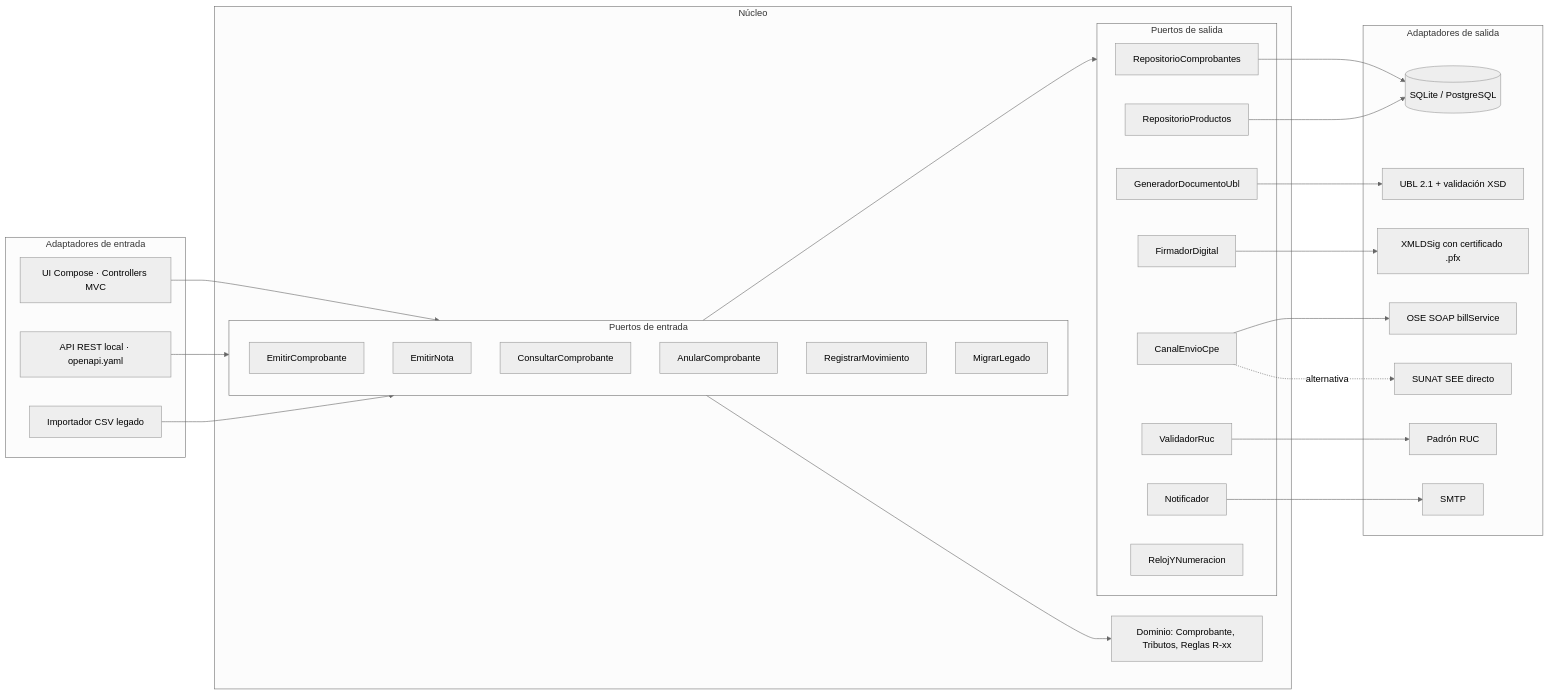
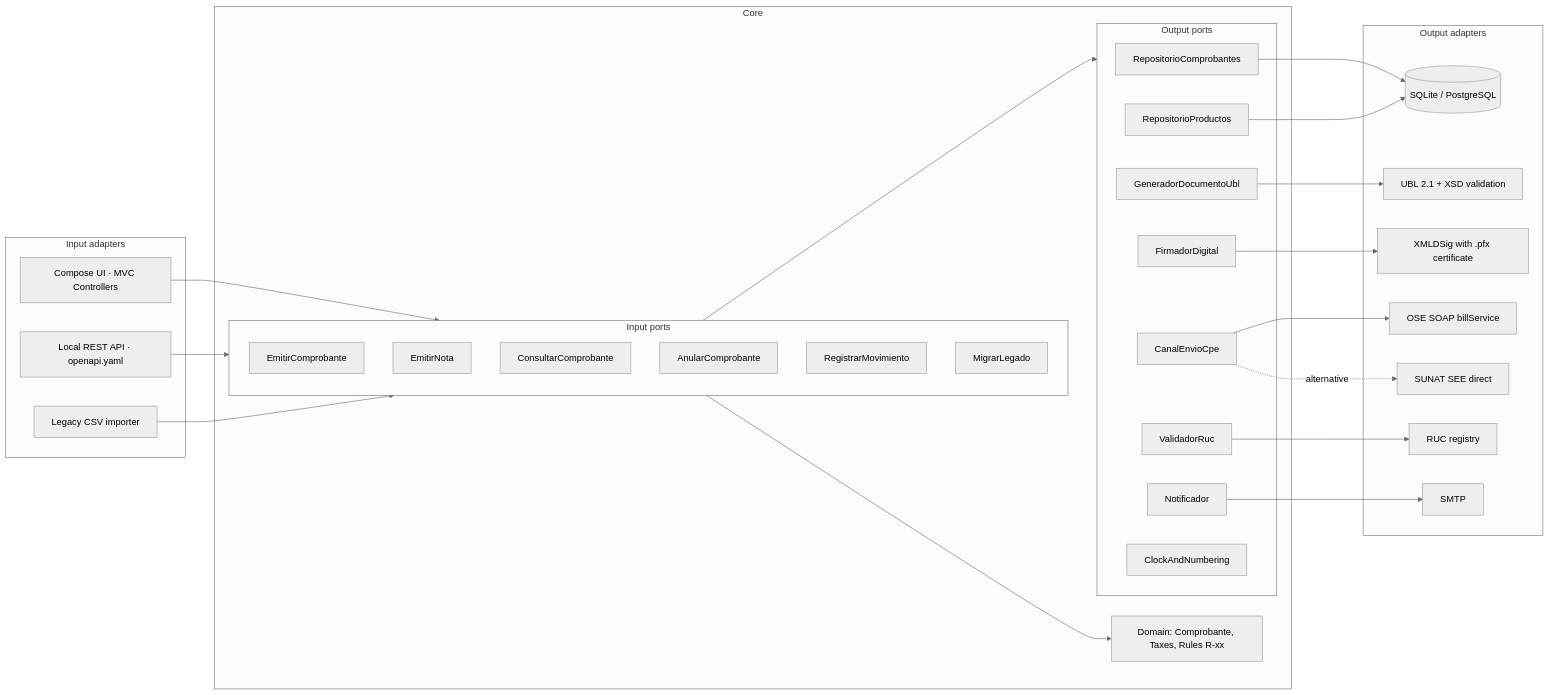
Before and after one commit to lourdesxiomara/MEDIOCURSO: the third of 5 diagrams in specs/03-arquitectura/arquitectura.md, drawn with Mermaid (neutral theme). The commit also changed other lines of this file, not shown here.

````diff
--- a/specs/03-arquitectura/arquitectura.md
+++ b/specs/03-arquitectura/arquitectura.md
@@ -85,48 +85,48 @@
 ```mermaid
 flowchart LR
-  subgraph AE[Adaptadores de entrada]
-    UI[UI Compose · Controllers MVC]
-    REST[API REST local · openapi.yaml]
-    CLI[Importador CSV legado]
+  subgraph AE[Input adapters]
+    UI[Compose UI · MVC Controllers]
+    REST[Local REST API · openapi.yaml]
+    CLI[Legacy CSV importer]
   end
-  subgraph NUCLEO[Núcleo]
-    subgraph PE[Puertos de entrada]
+  subgraph NUCLEO[Core]
+    subgraph PE[Input ports]
       P1[EmitirComprobante]
       P2[EmitirNota]
       P3[ConsultarComprobante]
       P4[AnularComprobante]
       P5[RegistrarMovimiento]
       P6[MigrarLegado]
     end
-    DOM[Dominio: Comprobante, Tributos, Reglas R-xx]
-    subgraph PS[Puertos de salida]
+    DOM[Domain: Comprobante, Taxes, Rules R-xx]
+    subgraph PS[Output ports]
       Q1[RepositorioComprobantes]
       Q2[RepositorioProductos]
       Q3[GeneradorDocumentoUbl]
       Q4[FirmadorDigital]
       Q5[CanalEnvioCpe]
       Q6[ValidadorRuc]
       Q7[Notificador]
-      Q8[RelojYNumeracion]
+      Q8[ClockAndNumbering]
     end
   end
-  subgraph AS[Adaptadores de salida]
+  subgraph AS[Output adapters]
     A1[(SQLite / PostgreSQL)]
-    A2[UBL 2.1 + validación XSD]
-    A3[XMLDSig con certificado .pfx]
+    A2[UBL 2.1 + XSD validation]
+    A3[XMLDSig with .pfx certificate]
     A4[OSE SOAP billService]
-    A5[SUNAT SEE directo]
-    A6[Padrón RUC]
+    A5[SUNAT SEE direct]
+    A6[RUC registry]
     A7[SMTP]
   end
   UI & REST & CLI --> PE
   PE --> DOM
   PE --> PS
   Q1 & Q2 --> A1
   Q3 --> A2
   Q4 --> A3
   Q5 --> A4
-  Q5 -.alternativa.-> A5
+  Q5 -.alternative.-> A5
   Q6 --> A6
   Q7 --> A7
 ```
````
